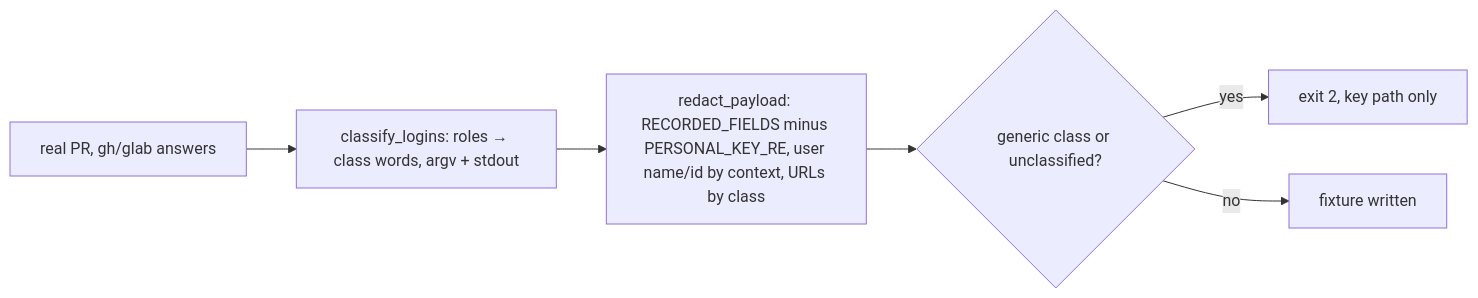
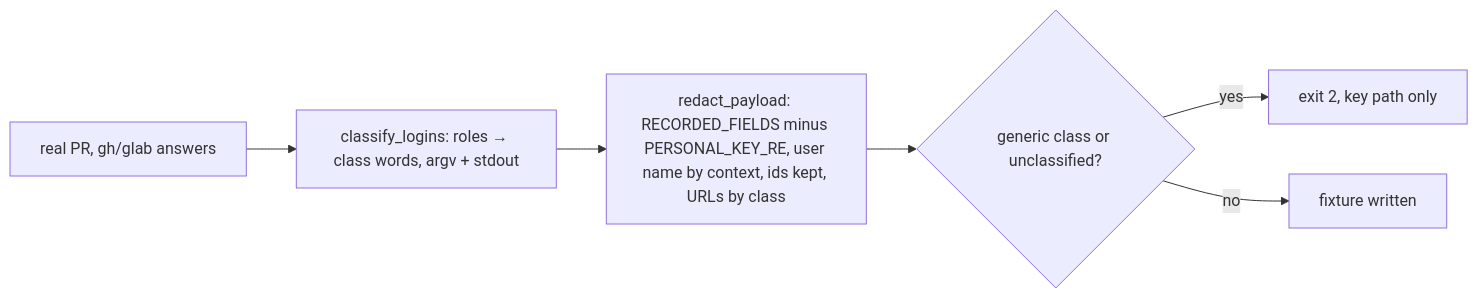
The diagram in docs/specs/2026-11-18_SP-RECORDER-REDACTS-BY-CLASS_the-forge-recorder-writes-class-words-and-drops-names-at-record-time.md (repoachhq/repoach), drawn with Mermaid before and after one commit. The commit also changed other lines of this file and 2 other files, not shown here.

First line of the commit message:
docs(specs): keep every recorded id, drop only a user's name

````diff
--- a/docs/specs/2026-11-18_SP-RECORDER-REDACTS-BY-CLASS_the-forge-recorder-writes-class-words-and-drops-names-at-record-time.md
+++ b/docs/specs/2026-11-18_SP-RECORDER-REDACTS-BY-CLASS_the-forge-recorder-writes-class-words-and-drops-names-at-record-time.md
@@ -231,8 +249,8 @@
 ```mermaid
 flowchart LR
     P[real PR, gh/glab answers] --> C[classify_logins: roles → class words, argv + stdout]
-    C --> R[redact_payload: RECORDED_FIELDS minus PERSONAL_KEY_RE, user name/id by context, URLs by class]
+    C --> R[redact_payload: RECORDED_FIELDS minus PERSONAL_KEY_RE, user name by context, ids kept, URLs by class]
     R --> G{generic class or unclassified?}
     G -- yes --> E[exit 2, key path only]
     G -- no --> F[fixture written]
 ```
````
